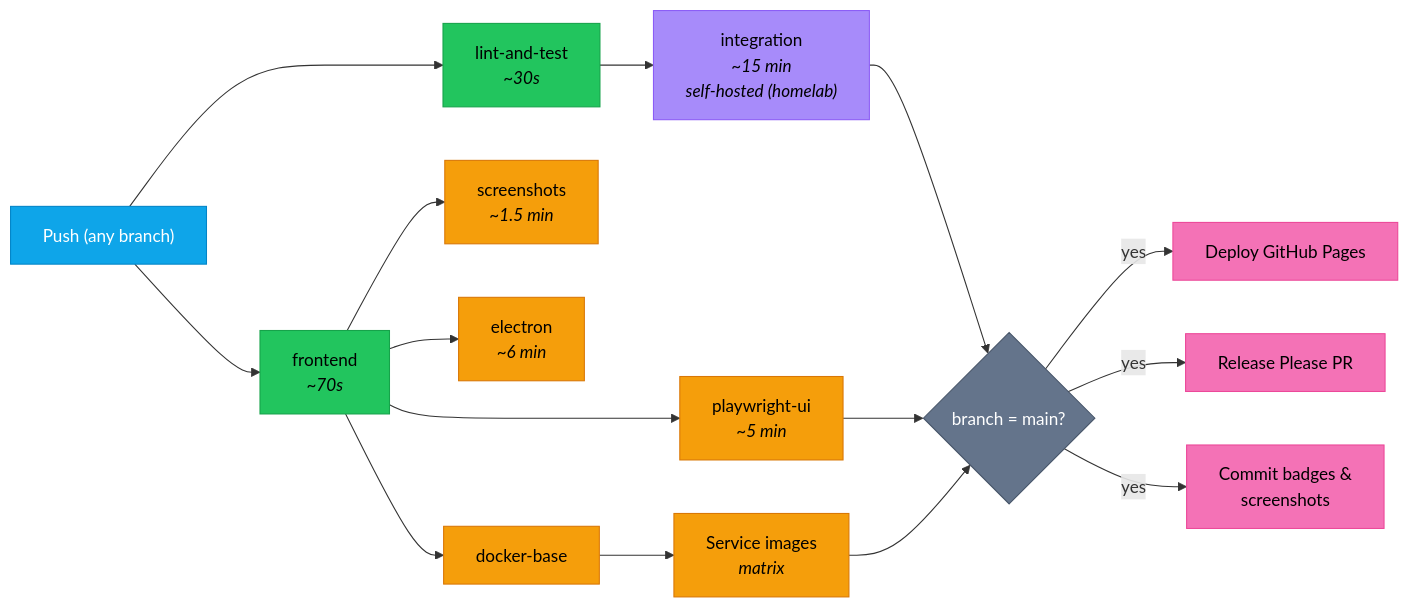
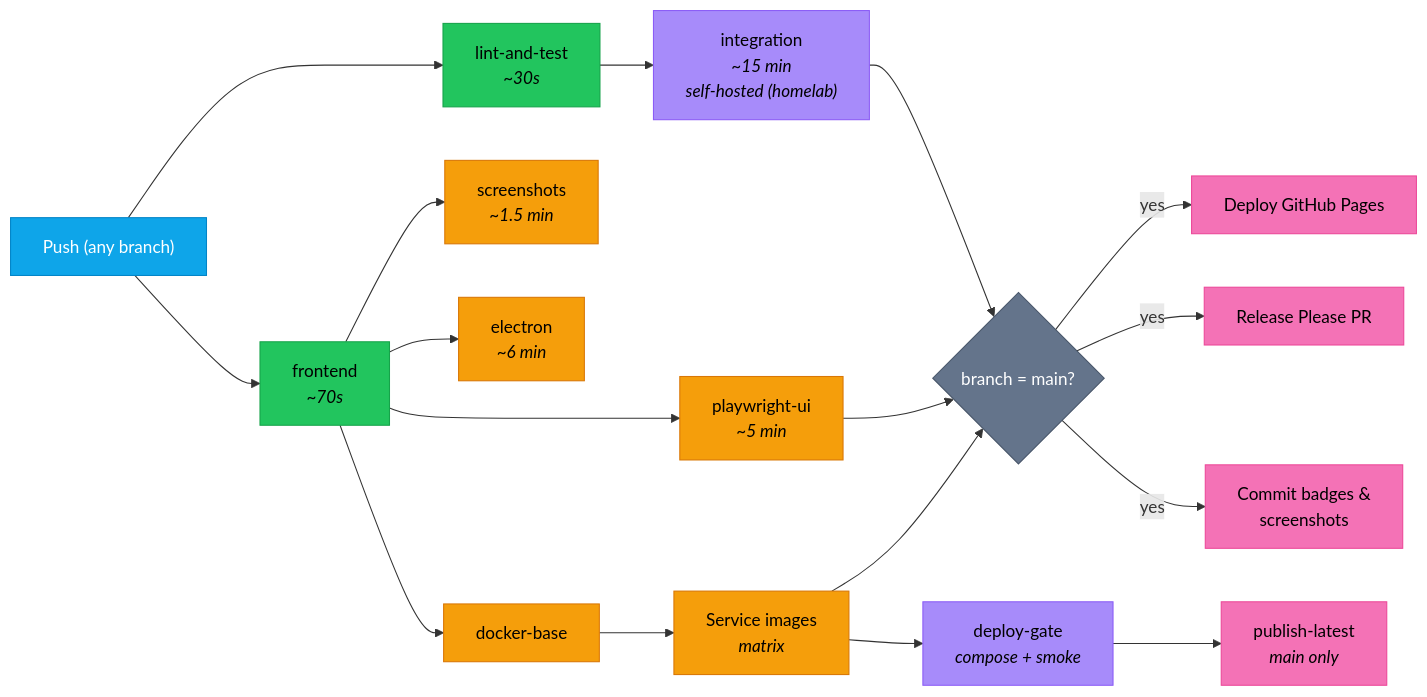
One commit to milesburton/veta-trading-platform changed the diagram in docs/site/src/content/docs/development/ci-cd.md. Above: the diagram before and after it, drawn with Mermaid. The commit also changed other lines of this file, not shown here.

Commit message:
docs(ci-cd): correct the integration job description and pipeline diagram

````diff
--- a/docs/site/src/content/docs/development/ci-cd.md
+++ b/docs/site/src/content/docs/development/ci-cd.md
@@ -12,31 +12,33 @@
 ```mermaid
 flowchart LR
   Push["Push (any branch)"]:::trigger
 
   Push --> Lint["lint-and-test<br/><i>~30s</i>"]:::test
   Push --> Frontend["frontend<br/><i>~70s</i>"]:::test
 
   Lint --> Integration["integration<br/><i>~15 min</i><br/><i>self-hosted (homelab)</i>"]:::heavy
 
   Frontend --> Playwright["playwright-ui<br/><i>~5 min</i>"]:::parallel
   Frontend --> Screenshots["screenshots<br/><i>~1.5 min</i>"]:::parallel
   Frontend --> Electron["electron<br/><i>~6 min</i>"]:::parallel
   Frontend --> DockerBase["docker-base"]:::parallel
 
   DockerBase --> DockerMatrix["Service images<br/><i>matrix</i>"]:::parallel
+  DockerMatrix --> DeployGate["deploy-gate<br/><i>compose + smoke</i>"]:::heavy
+  DeployGate --> Publish["publish-latest<br/><i>main only</i>"]:::deploy
 
   Integration --> MainCheck{"branch = main?"}:::decision
   Playwright --> MainCheck
   DockerMatrix --> MainCheck
 
   MainCheck -- "yes" --> Pages["Deploy GitHub Pages"]:::deploy
   MainCheck -- "yes" --> Release["Release Please PR"]:::deploy
   MainCheck -- "yes" --> Badges["Commit badges &<br/>screenshots"]:::deploy
 
   classDef trigger fill:#0ea5e9,stroke:#0284c7,color:#fff
   classDef test fill:#22c55e,stroke:#16a34a,color:#000
   classDef heavy fill:#a78bfa,stroke:#8b5cf6,color:#000
   classDef parallel fill:#f59e0b,stroke:#d97706,color:#000
   classDef decision fill:#64748b,stroke:#475569,color:#fff
   classDef deploy fill:#f472b6,stroke:#ec4899,color:#000
 ```
````
